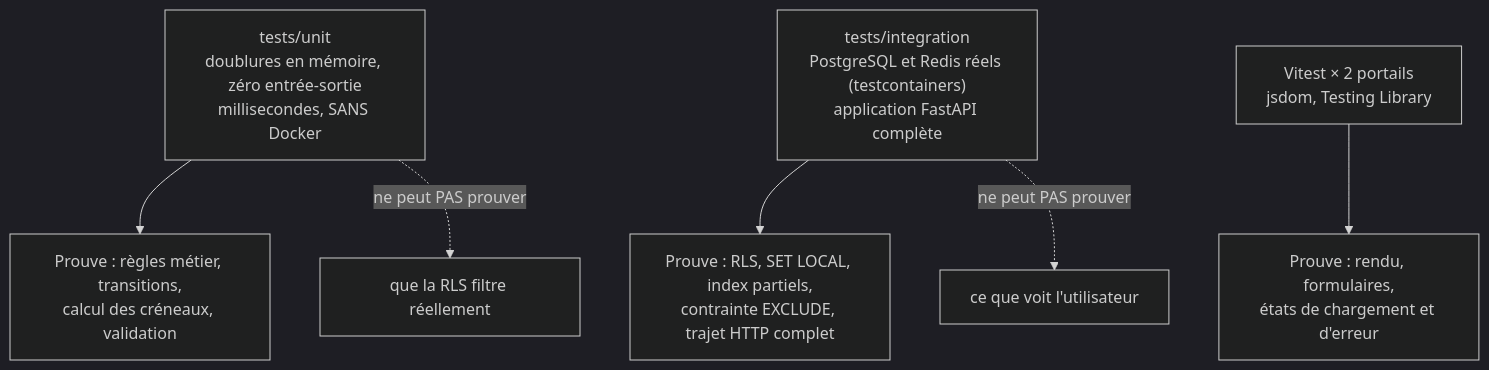
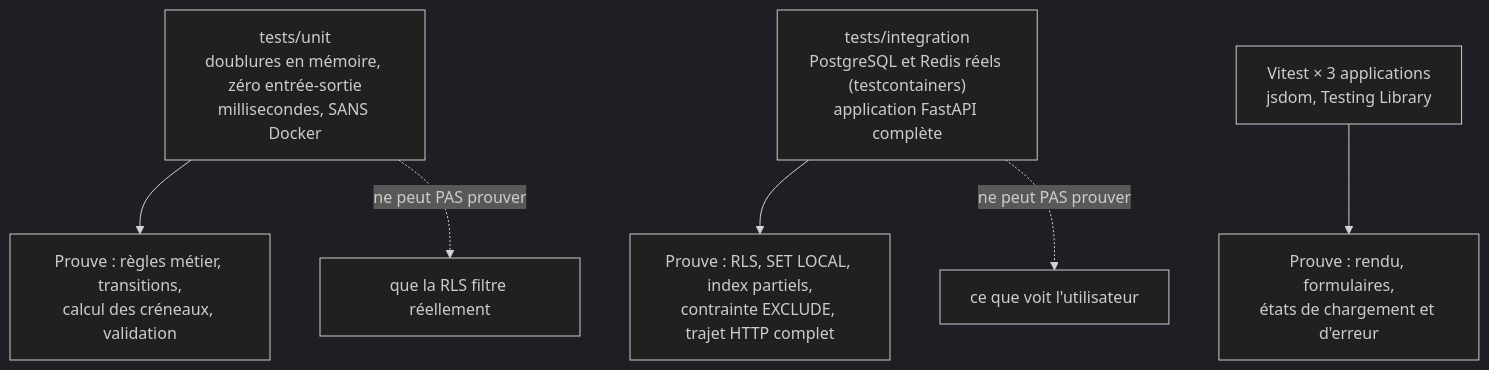
The diagram in documentation/docs/backend/strategie-de-tests.md (kederiku/VetLib), drawn with Mermaid (dark theme) before and after one commit. The commit also changed other lines of this file and 36 other files, not shown here.

````diff
--- a/documentation/docs/backend/strategie-de-tests.md
+++ b/documentation/docs/backend/strategie-de-tests.md
@@ -12,13 +12,13 @@
 ```mermaid
 flowchart TD
   U["tests/unit<br/>doublures en mémoire, zéro entrée-sortie<br/>millisecondes, SANS Docker"]
   I["tests/integration<br/>PostgreSQL et Redis réels (testcontainers)<br/>application FastAPI complète"]
-  F["Vitest × 2 portails<br/>jsdom, Testing Library"]
+  F["Vitest × 3 applications<br/>jsdom, Testing Library"]
 
   U --> P1["Prouve : règles métier, transitions,<br/>calcul des créneaux, validation"]
   I --> P2["Prouve : RLS, SET LOCAL, index partiels,<br/>contrainte EXCLUDE, trajet HTTP complet"]
   F --> P3["Prouve : rendu, formulaires,<br/>états de chargement et d'erreur"]
 
   U -.->|"ne peut PAS prouver"| N1["que la RLS filtre réellement"]
   I -.->|"ne peut PAS prouver"| N2["ce que voit l'utilisateur"]
 ```
````
